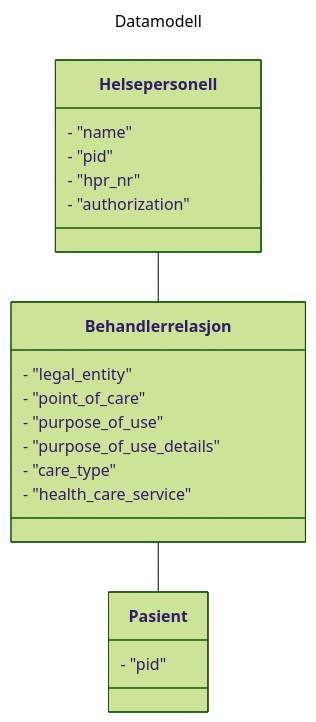
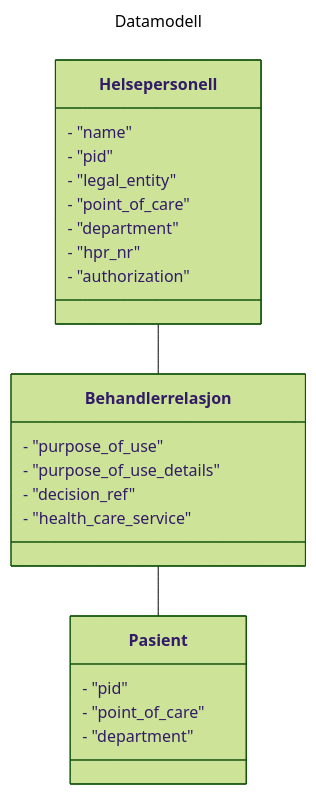
One commit to NorskHelsenett/Tillitsrammeverk changed the second of 2 diagrams in specs/informasjons_og_datamodell.md. Above: the diagram before and after it, drawn with Mermaid (forest theme). The commit also changed other lines of this file, not shown here.

````diff
--- a/specs/informasjons_og_datamodell.md
+++ b/specs/informasjons_og_datamodell.md
@@ -162,30 +162,33 @@
 ```mermaid
 ---
 title: Datamodell
 ---
 classDiagram
 
 	Helsepersonell -- Behandlerrelasjon
 	Behandlerrelasjon -- Pasient
 
 	class Helsepersonell{
 		- "name"
 		- "pid"
+		- "legal_entity"
+		- "point_of_care"
+		- "department"
 		- "hpr_nr"
 		- "authorization"
 	}
 		
 	class Behandlerrelasjon{
-		- "legal_entity"
-		- "point_of_care"
 		- "purpose_of_use"
 		- "purpose_of_use_details"
-		- "care_type"
+		- "decision_ref"
 		- "health_care_service"
 	}
 	
 	class Pasient{
 		- "pid"
+		- "point_of_care"
+		- "department"
 	}	
 		
 ```
````
